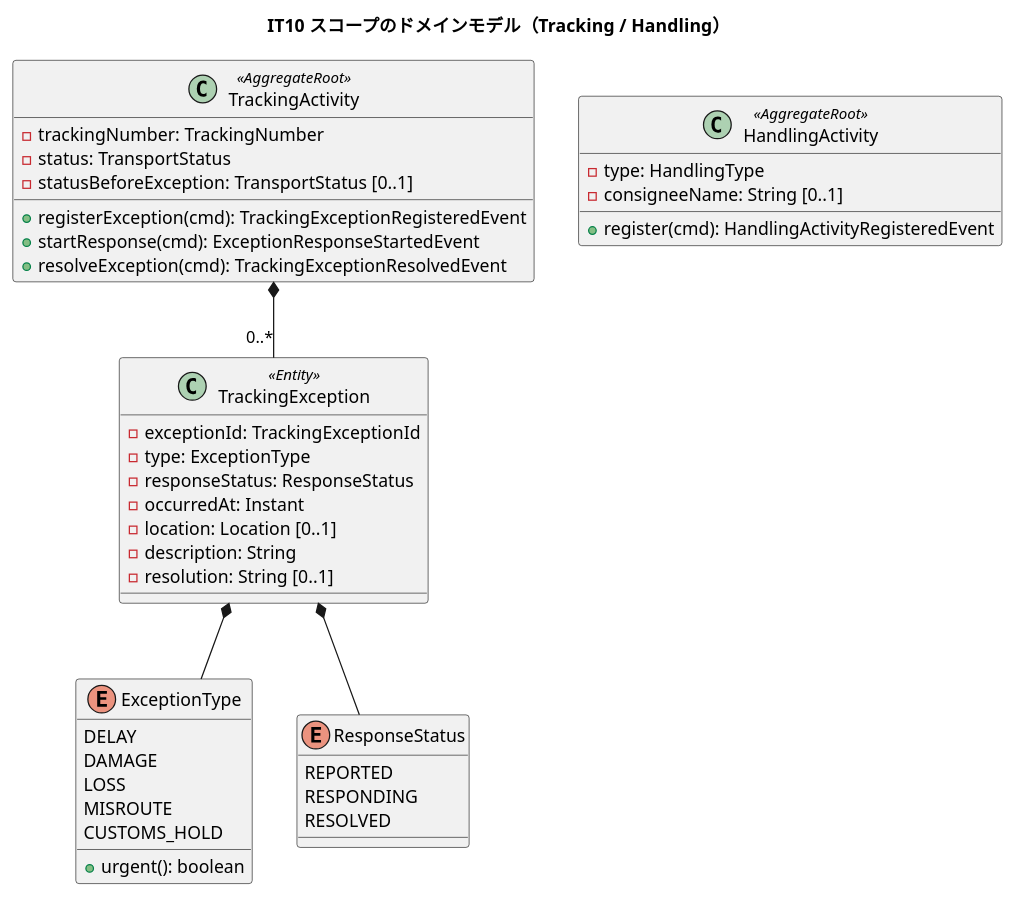
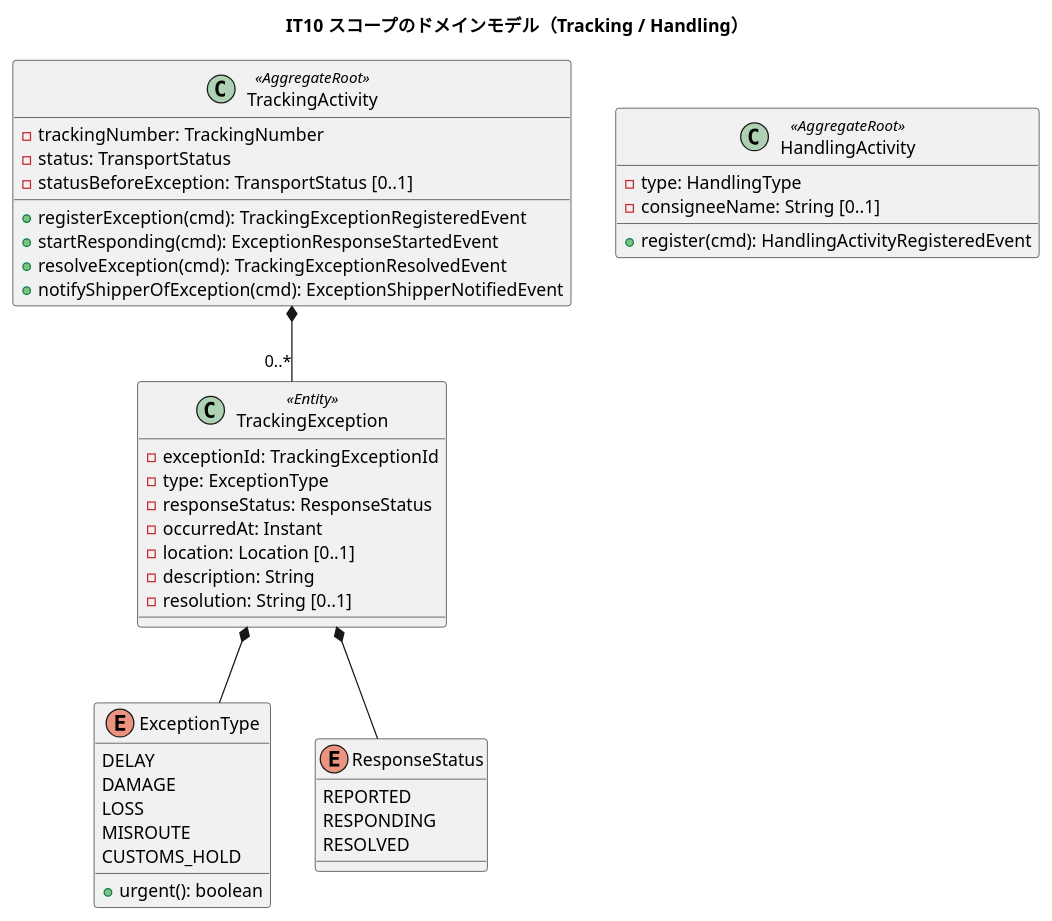
The first of 4 diagrams in docs/development/cargo-tracker/iteration_plan-10.md (k2works/case-study-cargo-tracker), drawn with PlantUML before and after one commit. The commit also changed other lines of this file, not shown here.

````diff
--- a/docs/development/cargo-tracker/iteration_plan-10.md
+++ b/docs/development/cargo-tracker/iteration_plan-10.md
@@ -152,49 +170,50 @@
 ```plantuml
 @startuml
 title IT10 スコープのドメインモデル（Tracking / Handling）
 
 class TrackingActivity <<AggregateRoot>> {
   - trackingNumber: TrackingNumber
   - status: TransportStatus
   - statusBeforeException: TransportStatus [0..1]
   + registerException(cmd): TrackingExceptionRegisteredEvent
-  + startResponse(cmd): ExceptionResponseStartedEvent
+  + startResponding(cmd): ExceptionResponseStartedEvent
   + resolveException(cmd): TrackingExceptionResolvedEvent
+  + notifyShipperOfException(cmd): ExceptionShipperNotifiedEvent
 }
 
 class TrackingException <<Entity>> {
   - exceptionId: TrackingExceptionId
   - type: ExceptionType
   - responseStatus: ResponseStatus
   - occurredAt: Instant
   - location: Location [0..1]
   - description: String
   - resolution: String [0..1]
 }
 
 enum ExceptionType {
   DELAY
   DAMAGE
   LOSS
   MISROUTE
   CUSTOMS_HOLD
   + urgent(): boolean
 }
 
 enum ResponseStatus {
   REPORTED
   RESPONDING
   RESOLVED
 }
 
 class HandlingActivity <<AggregateRoot>> {
   - type: HandlingType
   - consigneeName: String [0..1]
   + register(cmd): HandlingActivityRegisteredEvent
 }
 
 TrackingActivity *-- "0..*" TrackingException
 TrackingException *-- ExceptionType
 TrackingException *-- ResponseStatus
 @enduml
 ```
````
